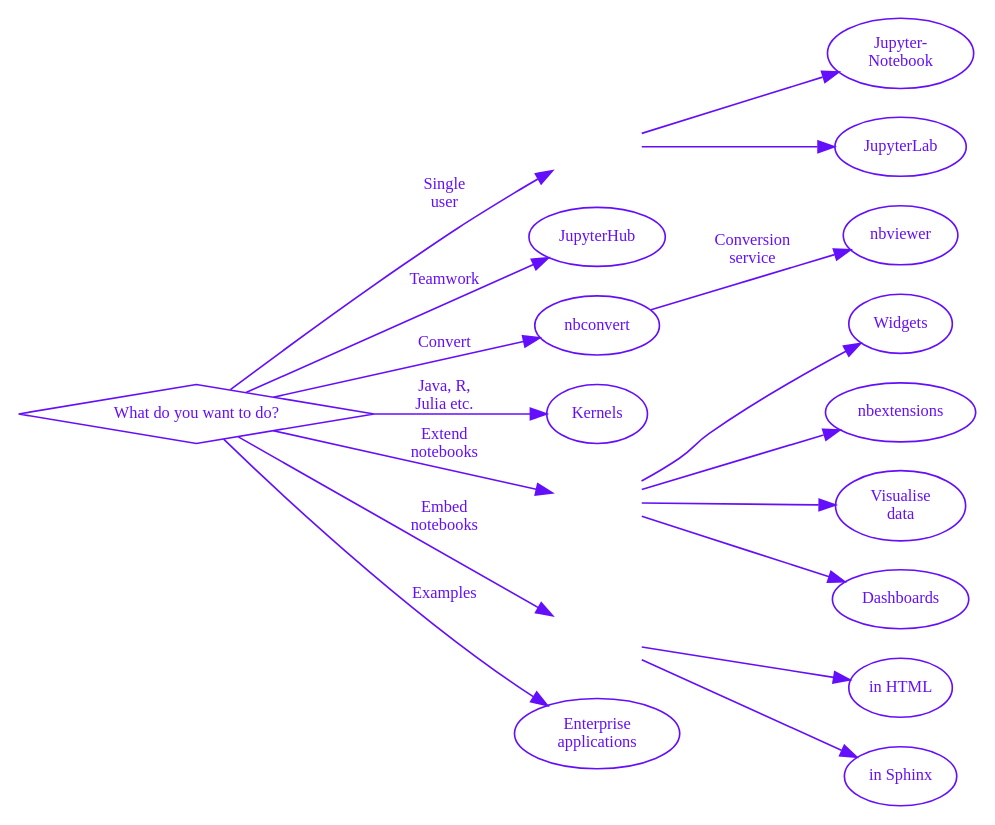
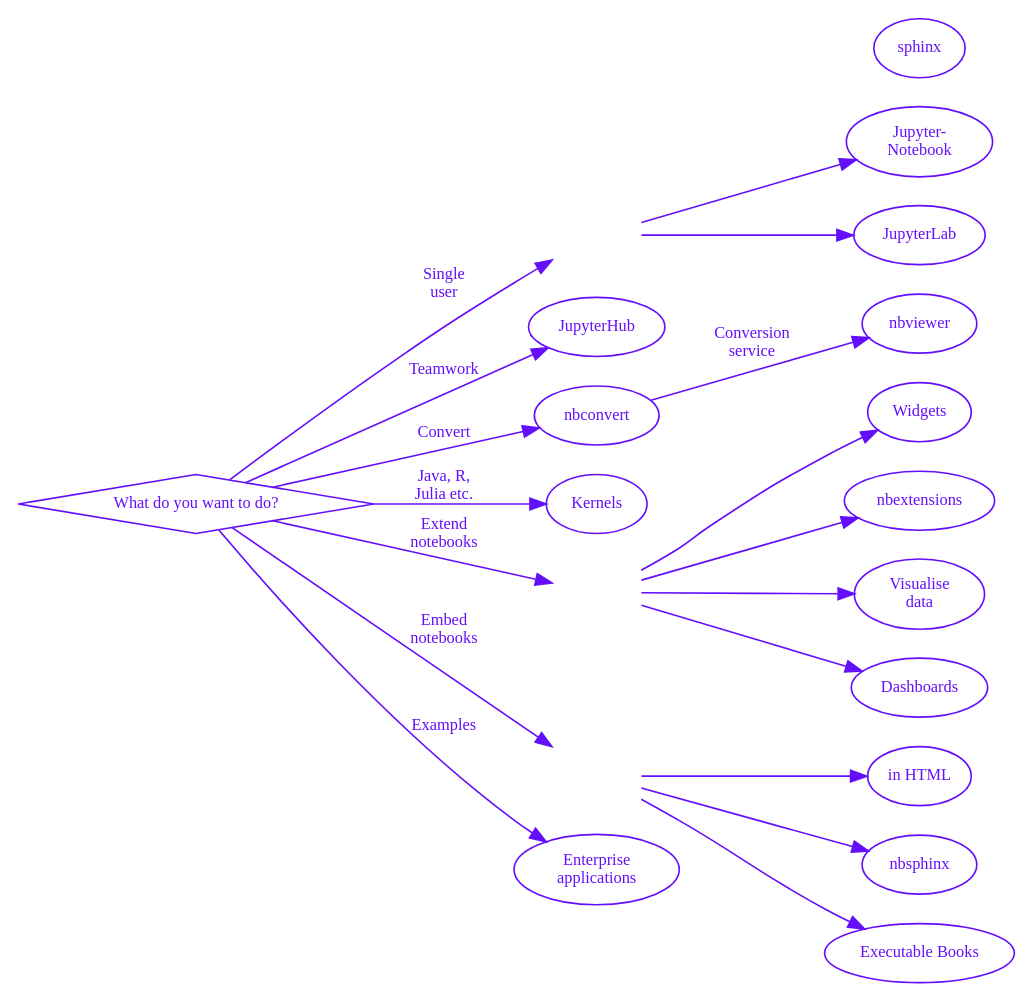
The diagram in docs/index.rst (veit/jupyter-tutorial), drawn with Graphviz before and after one commit. The commit also changed other lines of this file and 3 other files, not shown here.

Commit message:
:memo: Add Executable Books

```diff
--- a/docs/index.rst
+++ b/docs/index.rst
@@ -98,11 +98,16 @@
             tooltip="Embed notebooks in\nstatic HTML",
             target="_top",
             href="../ipywidgets/embedding.html"]
-        sphinx [
-            label="in Sphinx",
+        nbsphinx [
+            label="nbsphinx",
             tooltip="Embed notebooks in the\nSphinx Document Generator",
             target="_top",
-            href="../nbsphinx.html"]
+            href="../sphinx/nbsphinx.html"]
+        executablebooks [
+            label="Executable Books",
+            tooltip="Bücher aus Jupyter Notebooks und MyST",
+            target="_top",
+            href="../sphinx/executablebooks.html"]
         // Edges
         what -> singleuser [label="Single\nuser"]
         what -> hub [label="Teamwork"]
@@ -114,7 +119,7 @@
         what -> examples [label="Examples"]
         singleuser -> {notebook jupyterlab}
         extensions -> {widgets extend viz dash}
-        embed -> {html sphinx}
+        embed -> {html nbsphinx executablebooks}
         // Arrangement
         rankdir="LR"
         {rank = same; what;}
```
